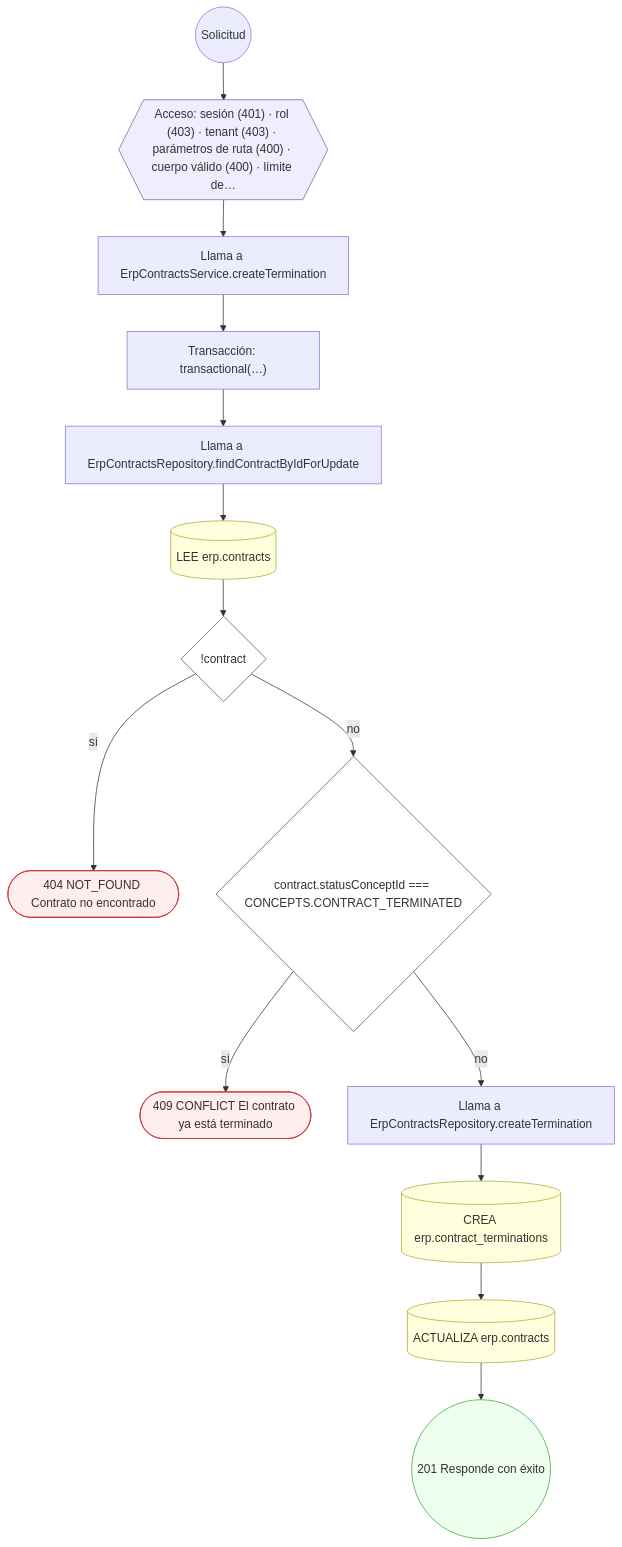
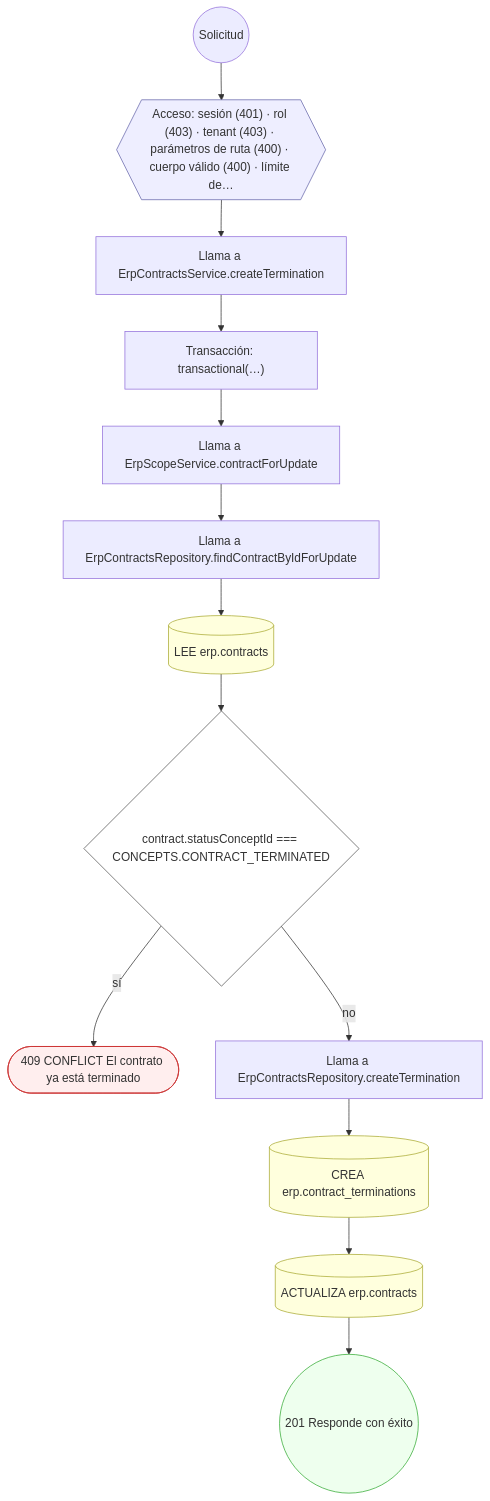
The tenth of 16 diagrams in docs/inventario/flujos/erp.md (mdavila-2001/mantra-core-health-api), drawn with Mermaid before and after one commit. The commit also changed other lines of this file and 438 other files, not shown here.

````diff
--- a/docs/inventario/flujos/erp.md
+++ b/docs/inventario/flujos/erp.md
@@ -669,36 +694,34 @@
 ```mermaid
 flowchart TD
   n1(("Solicitud")):::inicio
   n2{{"Acceso: sesión (401) · rol (403) · tenant (403) · parámetros de ruta (400) · cuerpo válido (400) · límite de…"}}:::acceso
   n1 --> n2
   n3["Llama a ErpContractsService.createTermination"]:::llamada
   n2 --> n3
   n4["Transacción: transactional(…)"]:::transaccion
   n3 --> n4
-  n5["Llama a ErpContractsRepository.findContractByIdForUpdate"]:::llamada
+  n5["Llama a ErpScopeService.contractForUpdate"]:::llamada
   n4 --> n5
-  n6[("LEE erp.contracts")]:::efecto
+  n6["Llama a ErpContractsRepository.findContractByIdForUpdate"]:::llamada
   n5 --> n6
-  n7{"!contract"}:::decision
+  n7[("LEE erp.contracts")]:::efecto
   n6 --> n7
-  n8(["404 NOT_FOUND Contrato no encontrado"]):::error
-  n7 -->|"sí"| n8
-  n9{"contract.statusConceptId === CONCEPTS.CONTRACT_TERMINATED"}:::decision
-  n7 -->|"no"| n9
-  n10(["409 CONFLICT El contrato ya está terminado"]):::error
-  n9 -->|"sí"| n10
-  n11["Llama a ErpContractsRepository.createTermination"]:::llamada
-  n9 -->|"no"| n11
-  n12[("CREA erp.contract_terminations")]:::efecto
+  n8{"contract.statusConceptId === CONCEPTS.CONTRACT_TERMINATED"}:::decision
+  n7 --> n8
+  n9(["409 CONFLICT El contrato ya está terminado"]):::error
+  n8 -->|"sí"| n9
+  n10["Llama a ErpContractsRepository.createTermination"]:::llamada
+  n8 -->|"no"| n10
+  n11[("CREA erp.contract_terminations")]:::efecto
+  n10 --> n11
+  n12[("ACTUALIZA erp.contracts")]:::efecto
   n11 --> n12
-  n13[("ACTUALIZA erp.contracts")]:::efecto
+  n13(("201 Responde con éxito")):::ok
   n12 --> n13
-  n14(("201 Responde con éxito")):::ok
-  n13 --> n14
   classDef acceso fill:#eef,stroke:#66a
   classDef error fill:#fee,stroke:#c33
   classDef ok fill:#efe,stroke:#3a3
   classDef efecto fill:#ffd,stroke:#aa3
   classDef decision fill:#fff,stroke:#555
   classDef corte fill:#eee,stroke:#999,stroke-dasharray: 4
 ```
````
